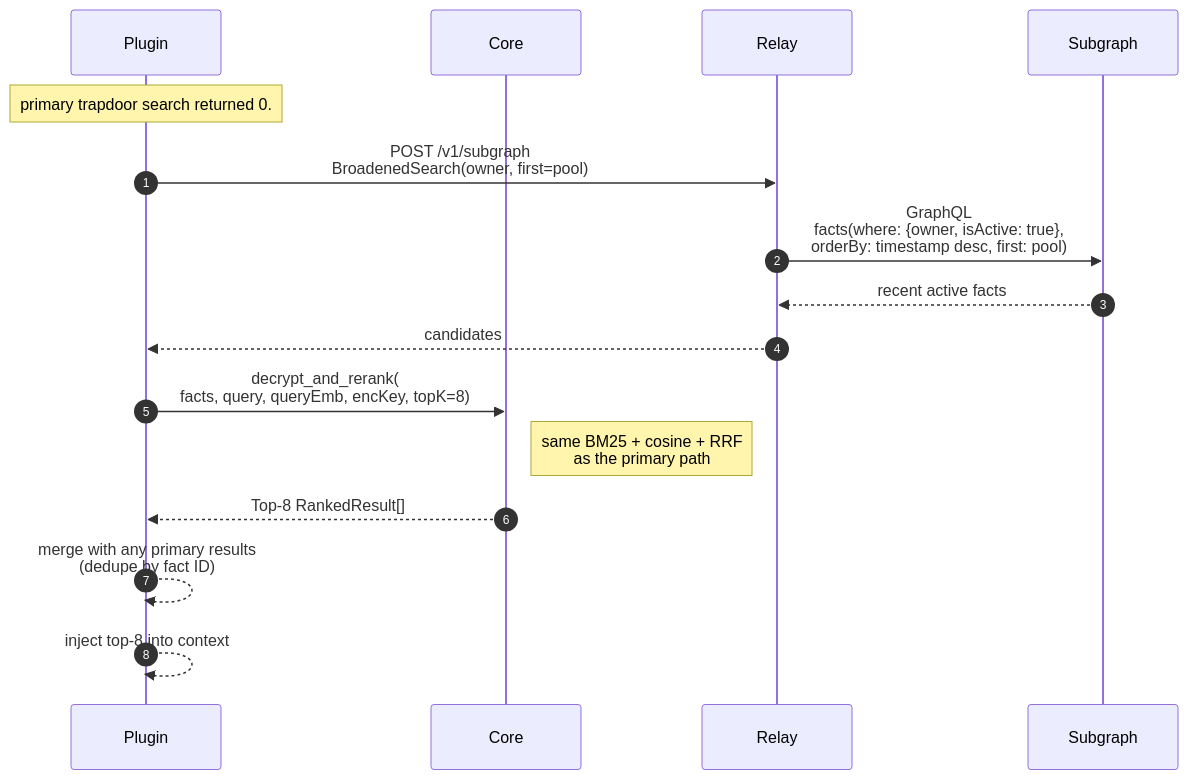
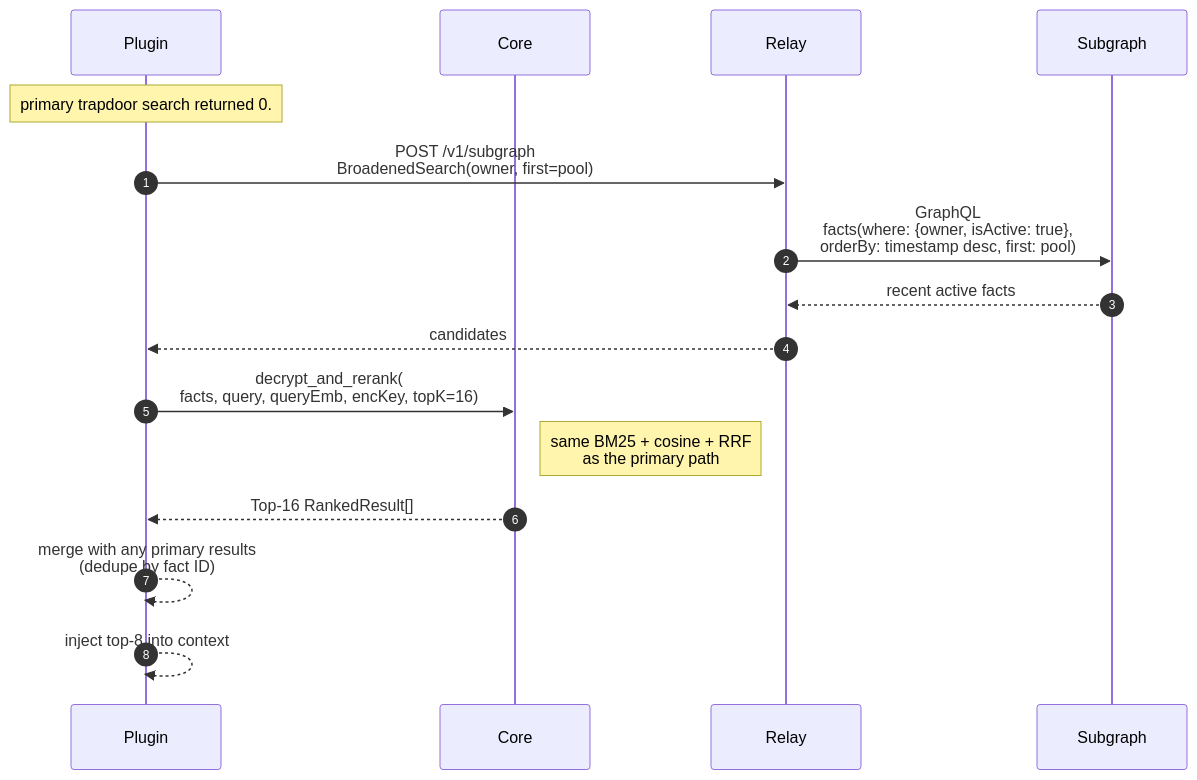
One commit to graphprotocol/totalreclaw changed the second of 2 diagrams in docs/specs/totalreclaw/flows/03-read-path.md. Above: the diagram before and after it, drawn with Mermaid. The commit also changed other lines of this file and 36 other files, not shown here.

First line of the commit message:
feat(recall): return 16 facts in MCP, the OpenClaw plugin and NanoClaw

````diff
--- a/docs/specs/totalreclaw/flows/03-read-path.md
+++ b/docs/specs/totalreclaw/flows/03-read-path.md
@@ -122,22 +122,22 @@
 ```mermaid
 sequenceDiagram
     autonumber
     participant Plugin
     participant Core
     participant Relay
     participant Subgraph
 
     Note over Plugin: primary trapdoor search returned 0.
 
     Plugin->>Relay: POST /v1/subgraph<br/>BroadenedSearch(owner, first=pool)
     Relay->>Subgraph: GraphQL<br/>facts(where: {owner, isActive: true},<br/>orderBy: timestamp desc, first: pool)
     Subgraph-->>Relay: recent active facts
     Relay-->>Plugin: candidates
 
-    Plugin->>Core: decrypt_and_rerank(<br/>facts, query, queryEmb, encKey, topK=8)
+    Plugin->>Core: decrypt_and_rerank(<br/>facts, query, queryEmb, encKey, topK=16)
     Note right of Core: same BM25 + cosine + RRF<br/>as the primary path
-    Core-->>Plugin: Top-8 RankedResult[]
+    Core-->>Plugin: Top-16 RankedResult[]
 
     Plugin-->>Plugin: merge with any primary results<br/>(dedupe by fact ID)
     Plugin-->>Plugin: inject top-8 into context
 ```
````
